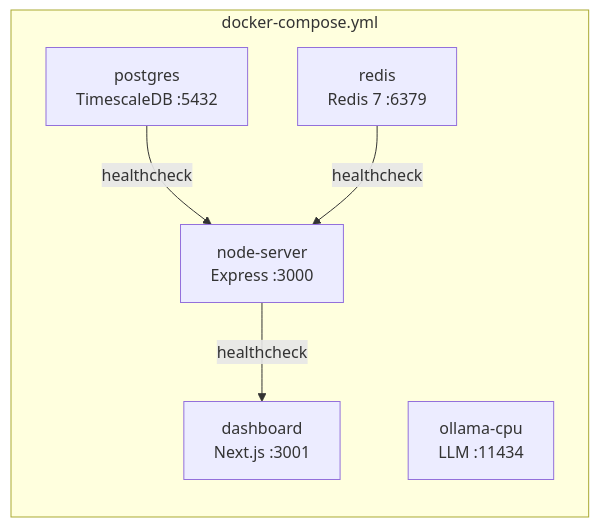
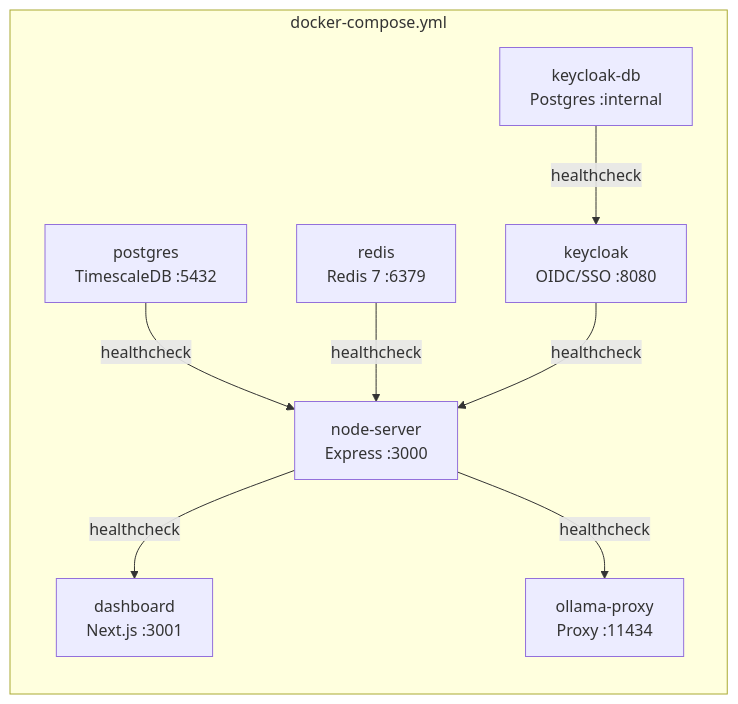
Before and after one commit to vishalm/hivehq: the fourth of 12 diagrams in QUICKSTART.md, drawn with Mermaid. The commit also changed other lines of this file and 45 other files, not shown here.

Commit message:
Add HIVE Chat widget and LLM Settings page with Ollama default

````diff
--- a/QUICKSTART.md
+++ b/QUICKSTART.md
@@ -148,14 +148,19 @@
 ```mermaid
 graph LR
     subgraph Compose ["docker-compose.yml"]
+        KDB["keycloak-db<br/>Postgres :internal"]
+        KC["keycloak<br/>OIDC/SSO :8080"]
         PG["postgres<br/>TimescaleDB :5432"]
         RD["redis<br/>Redis 7 :6379"]
         NS["node-server<br/>Express :3000"]
         DB["dashboard<br/>Next.js :3001"]
-        OL["ollama-cpu<br/>LLM :11434"]
+        OP["ollama-proxy<br/>Proxy :11434"]
     end
 
+    KDB -->|"healthcheck"| KC
     PG -->|"healthcheck"| NS
     RD -->|"healthcheck"| NS
+    KC -->|"healthcheck"| NS
     NS -->|"healthcheck"| DB
+    NS -->|"healthcheck"| OP
 ```
````
